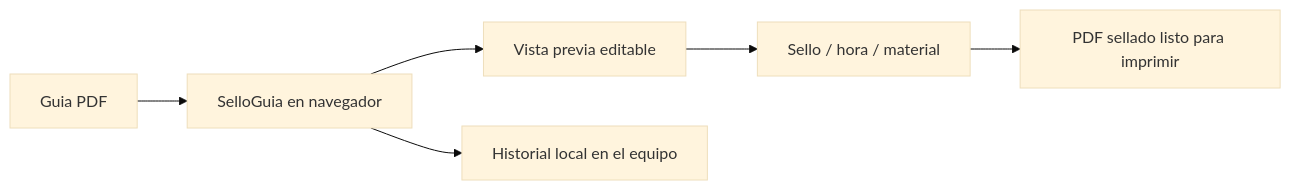
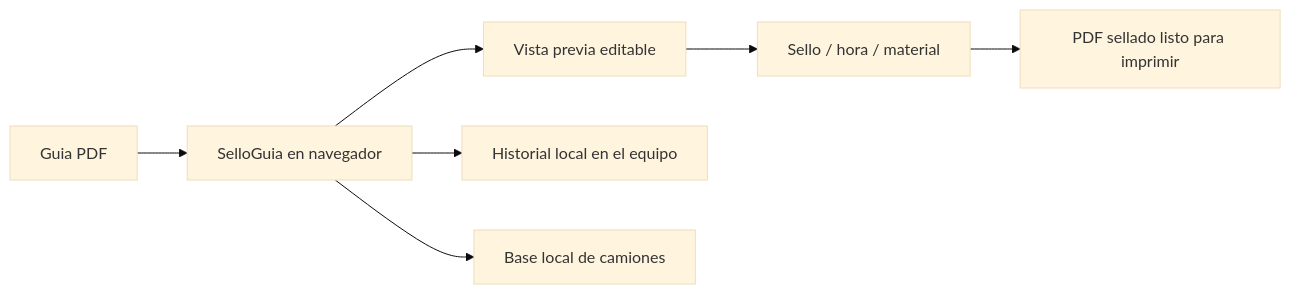
One commit to Bmayorga407/selloguia changed the diagram in README.md. Above: the diagram before and after it, drawn with Mermaid (base theme). The commit also changed other lines of this file and 15 other files, not shown here.

````diff
--- a/README.md
+++ b/README.md
@@ -76,8 +136,9 @@
 ```mermaid
 flowchart LR
     PDF["Guia PDF"] --> Browser["SelloGuia en navegador"]
     Browser --> Preview["Vista previa editable"]
     Preview --> Stamp["Sello / hora / material"]
     Stamp --> Output["PDF sellado listo para imprimir"]
     Browser --> Local["Historial local en el equipo"]
+    Browser --> Trucks["Base local de camiones"]
 ```
````
